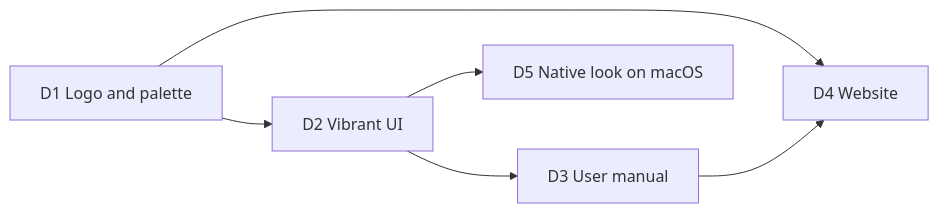
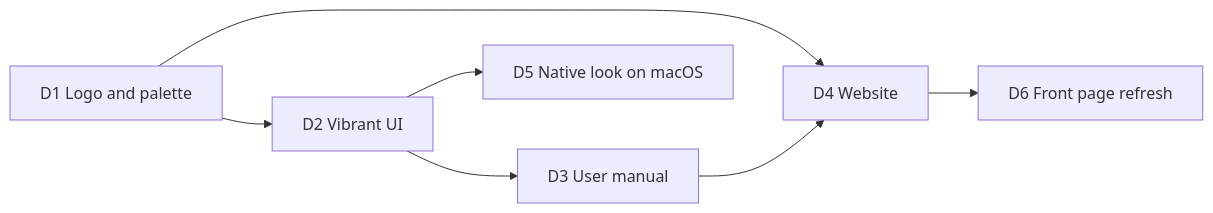
One commit to navasvarela/dbdesk changed the diagram in docs/roadmap.md. Above: the diagram before and after it, drawn with Mermaid. The commit also changed other lines of this file, not shown here.

Commit message:
docs(roadmap): plan D6, a front page that shows what dbdesk does (#184)

````diff
--- a/docs/roadmap.md
+++ b/docs/roadmap.md
@@ -915,8 +915,9 @@
 ```mermaid
 flowchart LR
     D1[D1 Logo and palette] --> D2[D2 Vibrant UI]
     D1 --> D4[D4 Website]
     D2 --> D3[D3 User manual]
     D3 --> D4
     D2 --> D5[D5 Native look on macOS]
+    D4 --> D6[D6 Front page refresh]
 ```
````
